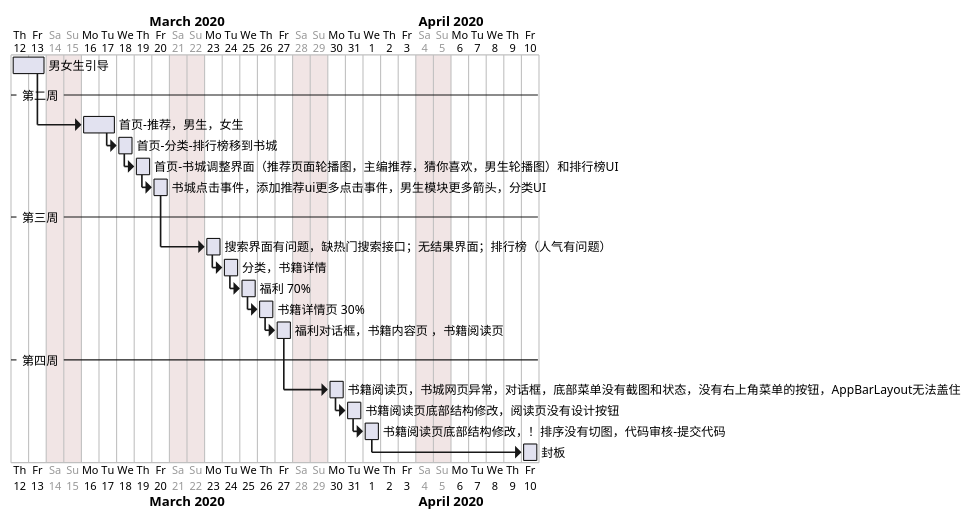
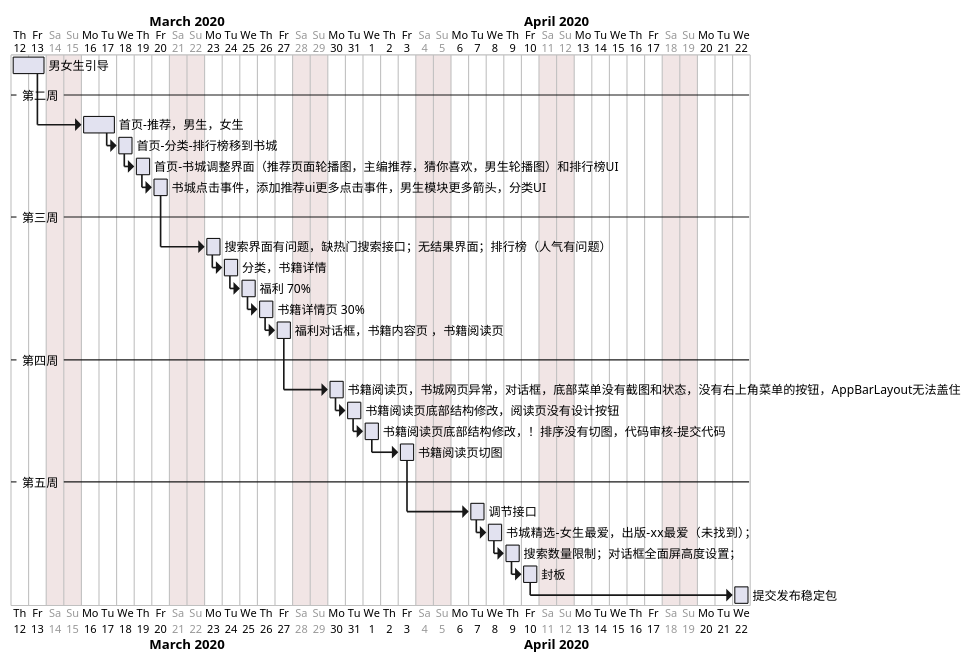
The diagram in 分享内容/猎鹰小说排期2020-03-19.plantuml (rickgit/rickgit.github.io), drawn with PlantUML before and after one commit. The commit also changed 6 other files, not shown here.

```diff
--- a/分享内容/猎鹰小说排期2020-03-19.plantuml
+++ b/分享内容/猎鹰小说排期2020-03-19.plantuml
@@ -1,27 +1,35 @@
 @startgantt
 ' printscale weekly
 saturday are closed
 sunday are closed
 Project starts the 2020/03/12
 [男女生引导] lasts 2 days
 -- 第二周 --
 then [首页-推荐，男生，女生]   starts  2020/03/16 
 [首页-推荐，男生，女生] lasts 2 days
 then [首页-分类-排行榜移到书城] starts  2020/03/18
 then [首页-书城调整界面（推荐页面轮播图，主编推荐，猜你喜欢，男生轮播图）和排行榜UI] starts  2020/03/19
 then [书城点击事件，添加推荐ui更多点击事件，男生模块更多箭头，分类UI] starts  2020/03/20
 -- 第三周 --
 then [搜索界面有问题，缺热门搜索接口；无结果界面；排行榜（人气有问题）] starts  2020/03/23
 then [分类，书籍详情] starts  2020/03/24
 then [福利 70%] starts  2020/03/25
 then [书籍详情页 30%] starts  2020/03/26
 then [福利对话框，书籍内容页 ，书籍阅读页] starts  2020/03/27
 -- 第四周 --
 then [书籍阅读页，书城网页异常，对话框，底部菜单没有截图和状态，没有右上角菜单的按钮，AppBarLayout无法盖住] starts 2020/03/30
 then [书籍阅读页底部结构修改，阅读页没有设计按钮] starts 2020/03/31
 then [书籍阅读页底部结构修改，！排序没有切图，代码审核-提交代码] starts 2020/04/01
+then [书籍阅读页切图] starts 2020/04/02
+then [书籍阅读页切图] starts 2020/04/03
 
+-- 第五周 --
+then [调节接口] starts 2020/04/07
+then [书城精选-女生最爱，出版-xx最爱（未找到）；] starts 2020/04/07
+then [书城精选-女生最爱，出版-xx最爱（未找到）；] starts 2020/04/08
+then [搜索数量限制；对话框全面屏高度设置；] starts 2020/04/08
 then [封板] starts 2020/04/10
+then [提交发布稳定包] starts 2020/04/22
 
 
 @endgantt
```
